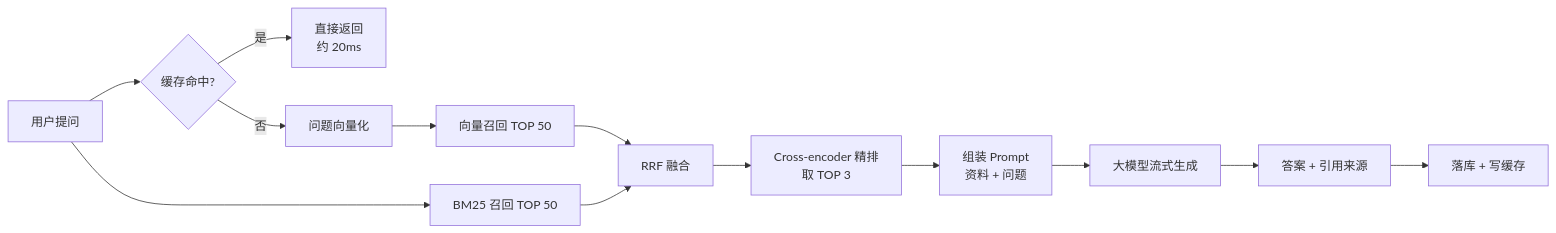
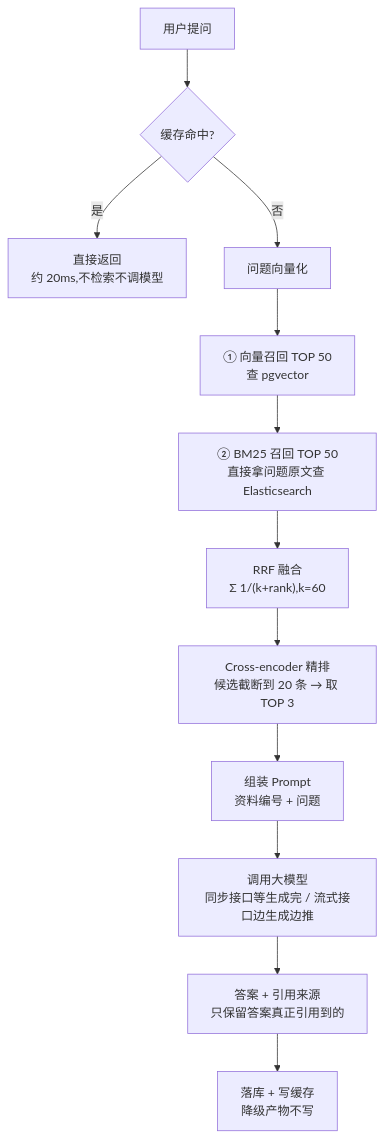
Before and after one commit to xunqian99/rag-knowledge-base: the second of 2 diagrams in README.md, drawn with Mermaid. The commit also changed other lines of this file and 2 other files, not shown here.

Commit message:
fix: 修正流程图与引用溯源的四处口径错误

````diff
--- a/README.md
+++ b/README.md
@@ -76,16 +76,15 @@
 ```mermaid
-flowchart LR
+flowchart TB
     Q["用户提问"] --> C{"缓存命中?"}
-    C -->|是| FAST["直接返回<br/>约 20ms"]
+    C -->|是| FAST["直接返回<br/>约 20ms,不检索不调模型"]
     C -->|否| EMB["问题向量化"]
 
-    EMB --> V["向量召回 TOP 50"]
-    Q --> B["BM25 召回 TOP 50"]
-    V --> F["RRF 融合"]
-    B --> F
-    F --> R["Cross-encoder 精排<br/>取 TOP 3"]
-    R --> P["组装 Prompt<br/>资料 + 问题"]
-    P --> L["大模型流式生成"]
-    L --> OUT["答案 + 引用来源"]
-    OUT --> SAVE["落库 + 写缓存"]
+    EMB --> V["① 向量召回 TOP 50<br/>查 pgvector"]
+    V --> B["② BM25 召回 TOP 50<br/>直接拿问题原文查 Elasticsearch"]
+    B --> F["RRF 融合<br/>Σ 1/(k+rank),k=60"]
+    F --> R["Cross-encoder 精排<br/>候选截断到 20 条 → 取 TOP 3"]
+    R --> P["组装 Prompt<br/>资料编号 + 问题"]
+    P --> L["调用大模型<br/>同步接口等生成完 / 流式接口边生成边推"]
+    L --> OUT["答案 + 引用来源<br/>只保留答案真正引用到的"]
+    OUT --> SAVE["落库 + 写缓存<br/>降级产物不写"]
 ```
````
